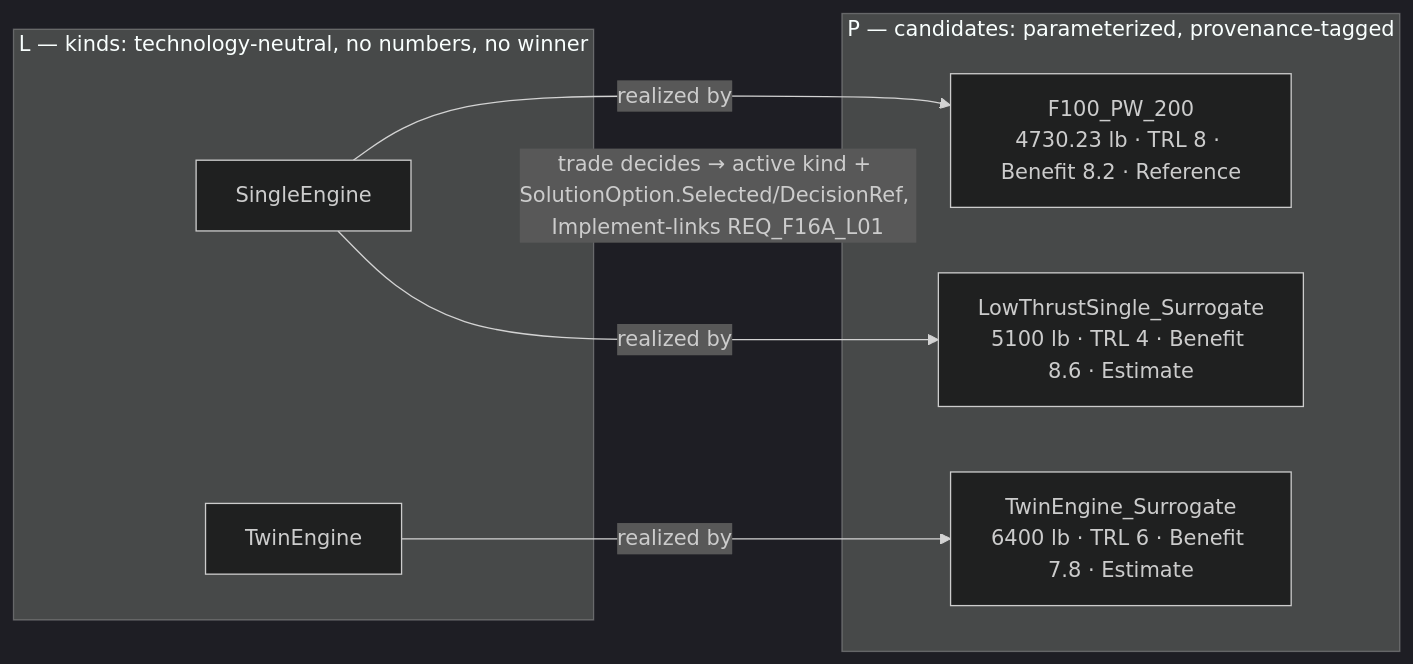
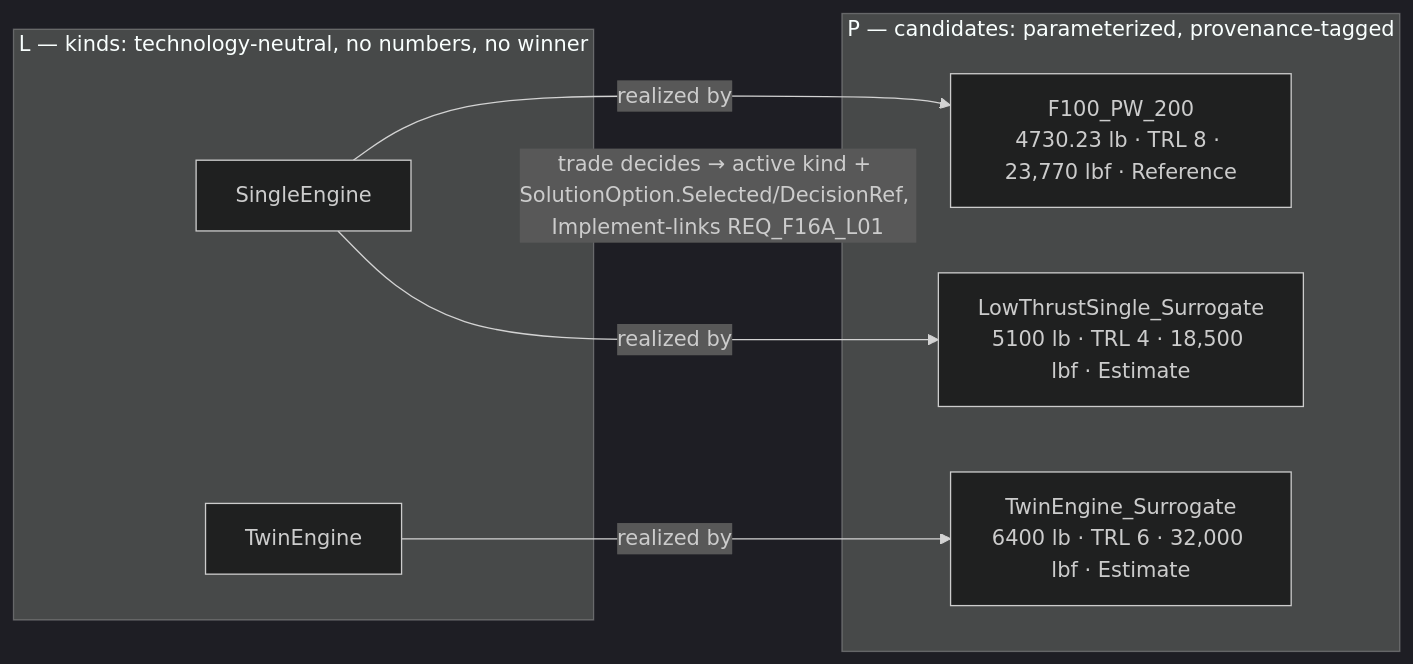
One commit to Idopt-Lab/air-vehicle-design changed the diagram in air_vehicle_design/mbse/examples/f16a/docs/06_methodology.md. Above: the diagram before and after it, drawn with Mermaid (dark theme). The commit also changed other lines of this file and 45 other files, not shown here.

````diff
--- a/air_vehicle_design/mbse/examples/f16a/docs/06_methodology.md
+++ b/air_vehicle_design/mbse/examples/f16a/docs/06_methodology.md
@@ -30,16 +30,16 @@
 ```mermaid
 graph LR
   subgraph L["L — kinds: technology-neutral, no numbers, no winner"]
     K1["SingleEngine"]
     K2["TwinEngine"]
   end
   subgraph P["P — candidates: parameterized, provenance-tagged"]
-    C1["F100_PW_200<br/>4730.23 lb · TRL 8 · Benefit 8.2 · Reference"]
-    C2["LowThrustSingle_Surrogate<br/>5100 lb · TRL 4 · Benefit 8.6 · Estimate"]
-    C3["TwinEngine_Surrogate<br/>6400 lb · TRL 6 · Benefit 7.8 · Estimate"]
+    C1["F100_PW_200<br/>4730.23 lb · TRL 8 · 23,770 lbf · Reference"]
+    C2["LowThrustSingle_Surrogate<br/>5100 lb · TRL 4 · 18,500 lbf · Estimate"]
+    C3["TwinEngine_Surrogate<br/>6400 lb · TRL 6 · 32,000 lbf · Estimate"]
   end
   K1 -- "realized by" --> C1
   K1 -- "realized by" --> C2
   K2 -- "realized by" --> C3
   P -. "trade decides → active kind + SolutionOption.Selected/DecisionRef, Implement-links REQ_F16A_L01" .-> L
 ```
````
